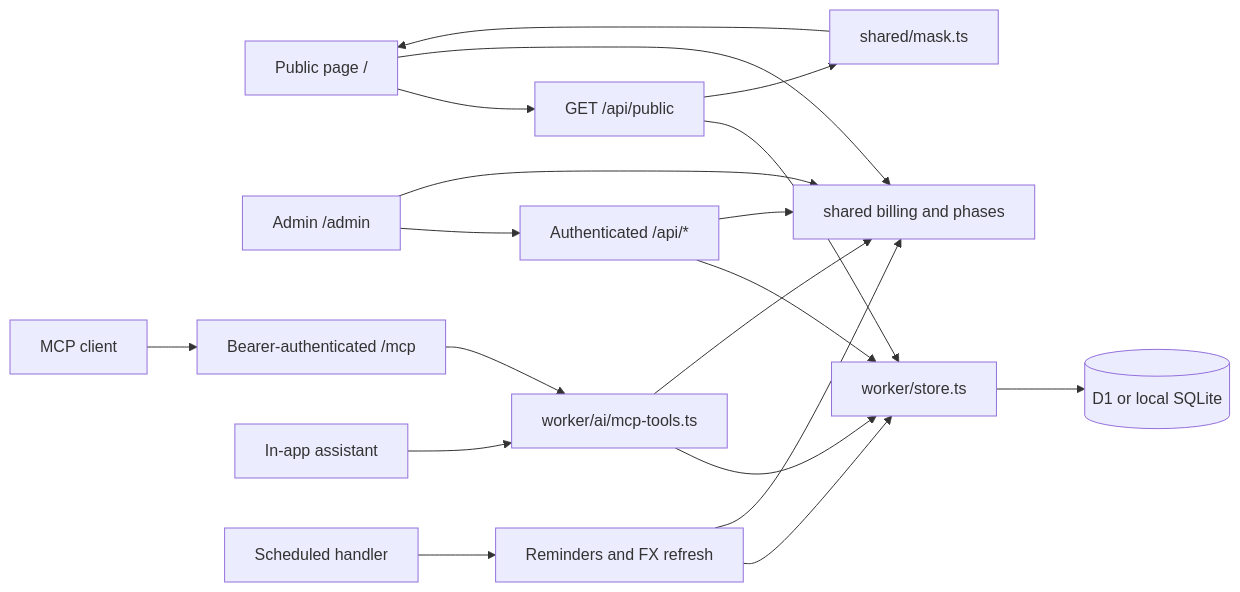
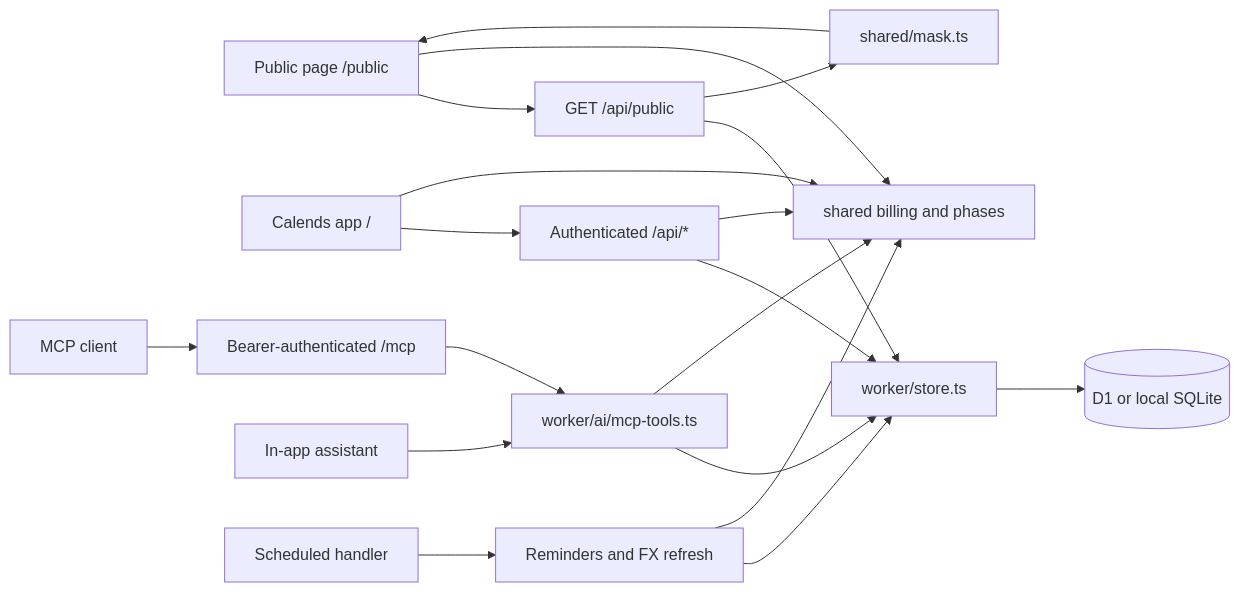
Before and after one commit to iamvicliu/calends: the diagram in ARCHITECTURE.md, drawn with Mermaid. The commit also changed other lines of this file and 21 other files, not shown here.

````diff
--- a/ARCHITECTURE.md
+++ b/ARCHITECTURE.md
@@ -9,21 +9,21 @@
 ```mermaid
 flowchart LR
-    Public[Public page /] --> PublicAPI[GET /api/public]
-    Admin[Admin /admin] --> API[Authenticated /api/*]
+    Public[Public page /public] --> PublicAPI[GET /api/public]
+    App[Calends app /] --> API[Authenticated /api/*]
     Client[MCP client] --> MCP[Bearer-authenticated /mcp]
     API --> Store[worker/store.ts]
     PublicAPI --> Store
     Store --> DB[(D1 or local SQLite)]
     PublicAPI --> Mask[shared/mask.ts]
     Mask --> Public
     MCP --> Tools[worker/ai/mcp-tools.ts]
     Assistant[In-app assistant] --> Tools
     Tools --> Store
     API --> Domain[shared billing and phases]
     Tools --> Domain
-    Admin --> Domain
+    App --> Domain
     Public --> Domain
     Cron[Scheduled handler] --> Notify[Reminders and FX refresh]
     Notify --> Store
     Notify --> Domain
 ```
````
